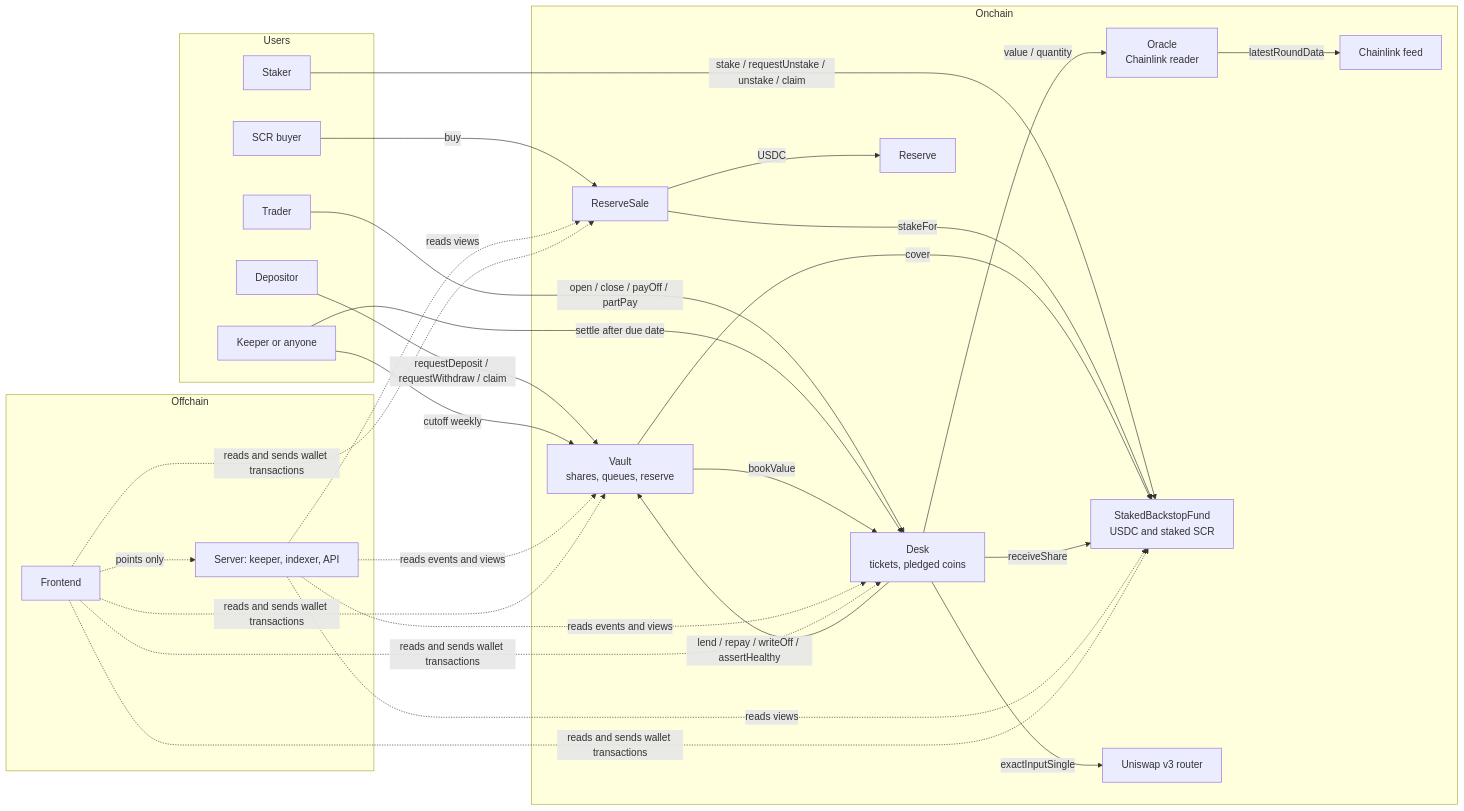
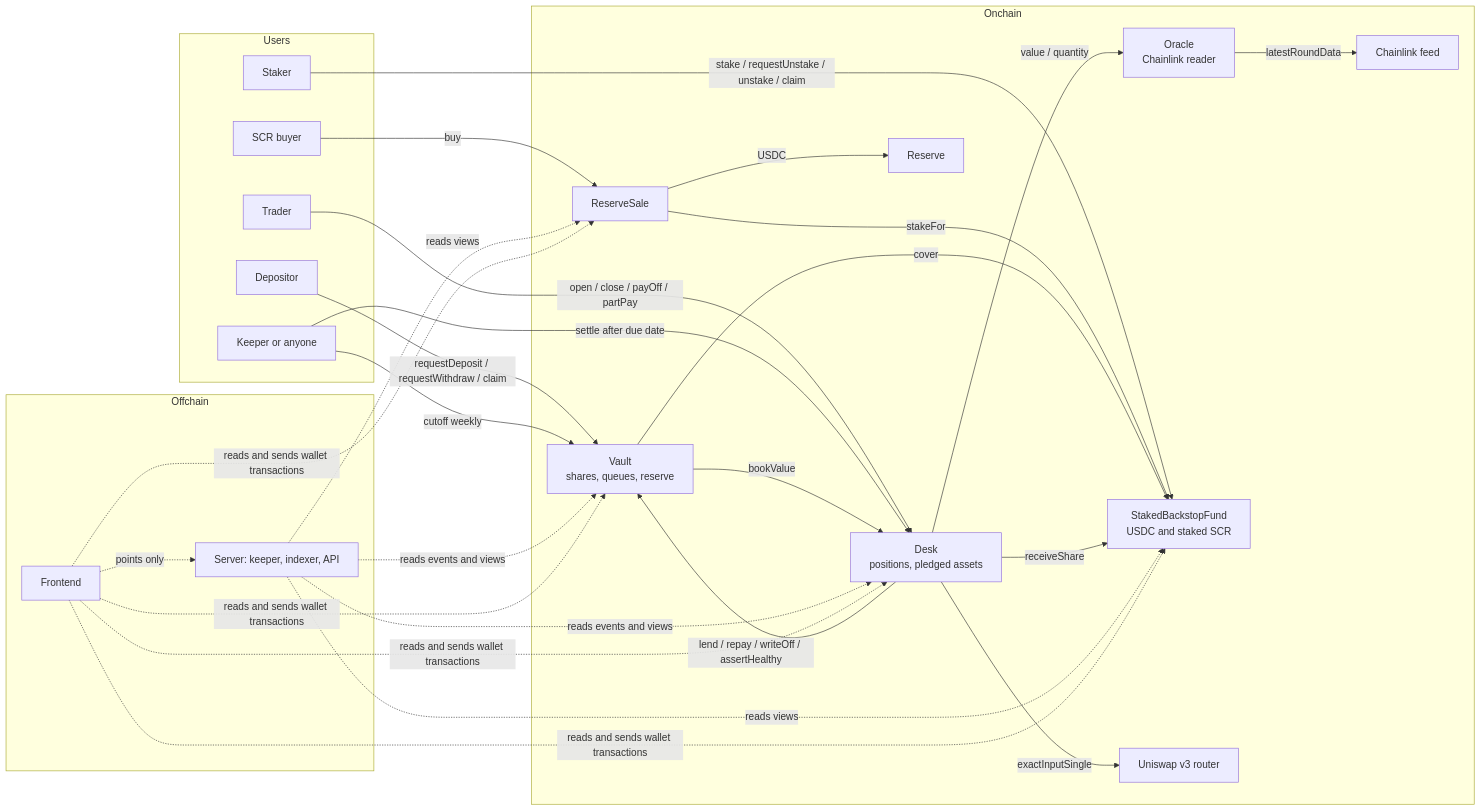
One commit to smitrajput/sacred-protocol changed the first of 3 diagrams in README.md. Above: the diagram before and after it, drawn with Mermaid. The commit also changed other lines of this file and 85 other files, not shown here.

First line of the commit message:
Rename tickets to positions; thesis market layers; paper-palette social images

````diff
--- a/README.md
+++ b/README.md
@@ -29,48 +29,48 @@
 ```mermaid
 flowchart LR
   subgraph Users
     D[Depositor]
     T[Trader]
     ST[Staker]
     B[SCR buyer]
     K[Keeper or anyone]
   end
   subgraph Onchain
     V[Vault<br/>shares, queues, reserve]
-    DK[Desk<br/>tickets, pledged coins]
+    DK[Desk<br/>positions, pledged assets]
     O[Oracle<br/>Chainlink reader]
     F[StakedBackstopFund<br/>USDC and staked SCR]
     RS[ReserveSale]
     RE[Reserve]
     R[Uniswap v3 router]
     CL[Chainlink feed]
   end
   subgraph Offchain
     S[Server: keeper, indexer, API]
     FE[Frontend]
   end
   D -- requestDeposit / requestWithdraw / claim --> V
   T -- open / close / payOff / partPay --> DK
   ST -- stake / requestUnstake / unstake / claim --> F
   B -- buy --> RS
   RS -- USDC --> RE
   RS -- stakeFor --> F
   K -- settle after due date --> DK
   K -- cutoff weekly --> V
   DK -- lend / repay / writeOff / assertHealthy --> V
   V -- bookValue --> DK
   DK -- value / quantity --> O
   O -- latestRoundData --> CL
   DK -- exactInputSingle --> R
   V -- cover --> F
   DK -- receiveShare --> F
   S -. reads events and views .-> V
   S -. reads events and views .-> DK
   S -. reads views .-> F
   S -. reads views .-> RS
   FE -. reads and sends wallet transactions .-> V
   FE -. reads and sends wallet transactions .-> DK
   FE -. reads and sends wallet transactions .-> F
   FE -. reads and sends wallet transactions .-> RS
   FE -. points only .-> S
 ```
````
